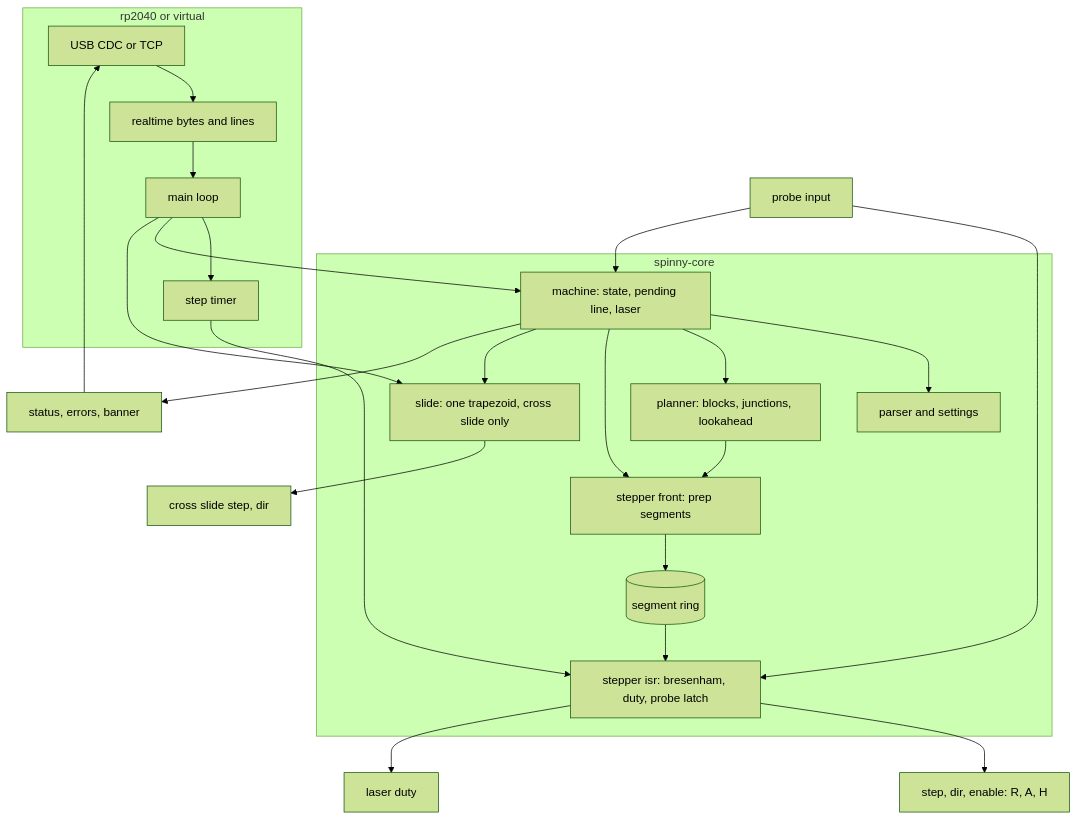
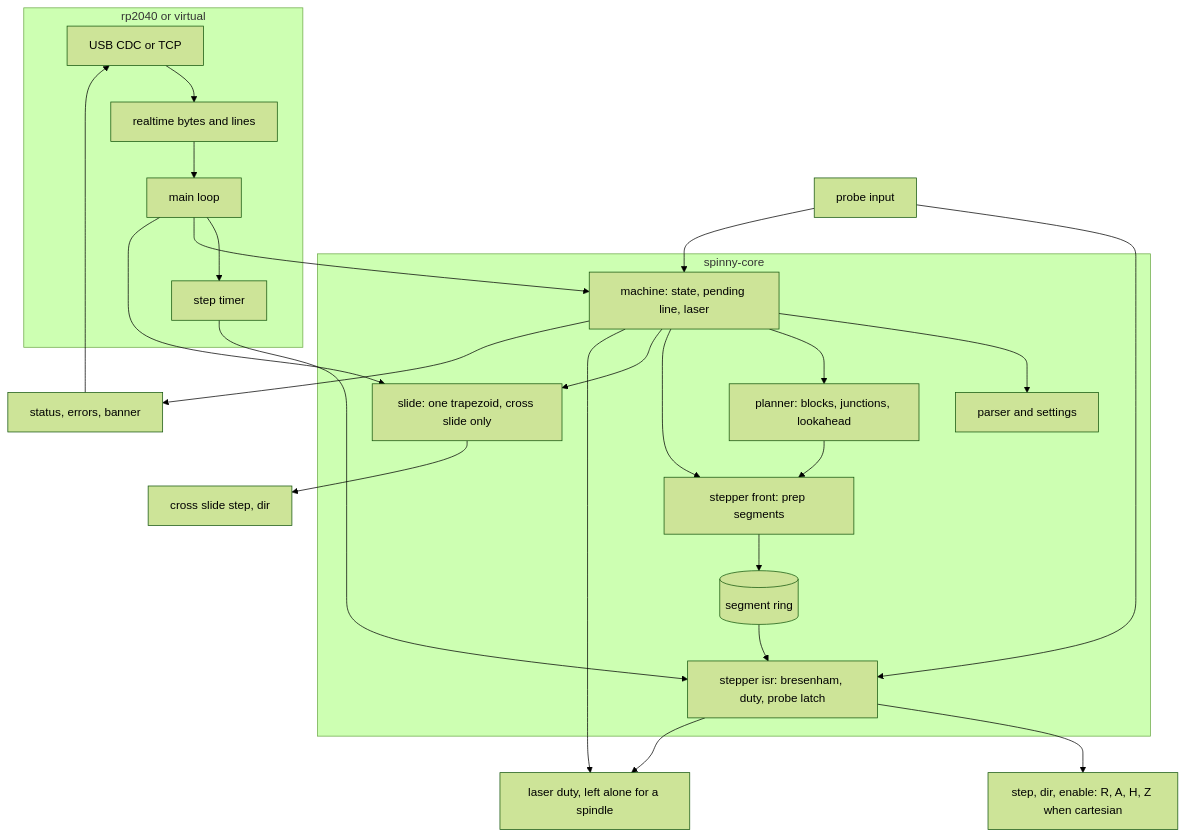
The diagram in firmware/README.md (tmpk13/spinny-cnc), drawn with Mermaid (forest theme) before and after one commit. The commit also changed other lines of this file and 18 other files, not shown here.

First line of the commit message:
Add two optional firmware modes: a cartesian machine and a spindle

````diff
--- a/firmware/README.md
+++ b/firmware/README.md
@@ -80,26 +85,27 @@
 ```mermaid
 flowchart TB
     subgraph port [rp2040 or virtual]
         IO[USB CDC or TCP] --> LINES[realtime bytes and lines]
         LINES --> LOOP[main loop]
         LOOP --> TIMER[step timer]
     end
     subgraph core [spinny-core]
         LOOP --> MACHINE[machine: state, pending line, laser]
         MACHINE --> PARSER[parser and settings]
         MACHINE --> PLANNER[planner: blocks, junctions, lookahead]
         MACHINE --> FRONT[stepper front: prep segments]
         MACHINE --> SLIDE[slide: one trapezoid, cross slide only]
         PLANNER --> FRONT
         FRONT --> RING[(segment ring)]
         RING --> ISR[stepper isr: bresenham, duty, probe latch]
         TIMER --> ISR
     end
-    ISR --> PINS[step, dir, enable: R, A, H]
+    ISR --> PINS[step, dir, enable: R, A, H, Z when cartesian]
     PROBE[probe input] --> ISR
     PROBE --> MACHINE
     LOOP --> SLIDE
     SLIDE --> ZPINS[cross slide step, dir]
-    ISR --> PWM[laser duty]
+    ISR --> PWM[laser duty, left alone for a spindle]
+    MACHINE --> PWM
     MACHINE --> REPORT[status, errors, banner] --> IO
 ```
````
